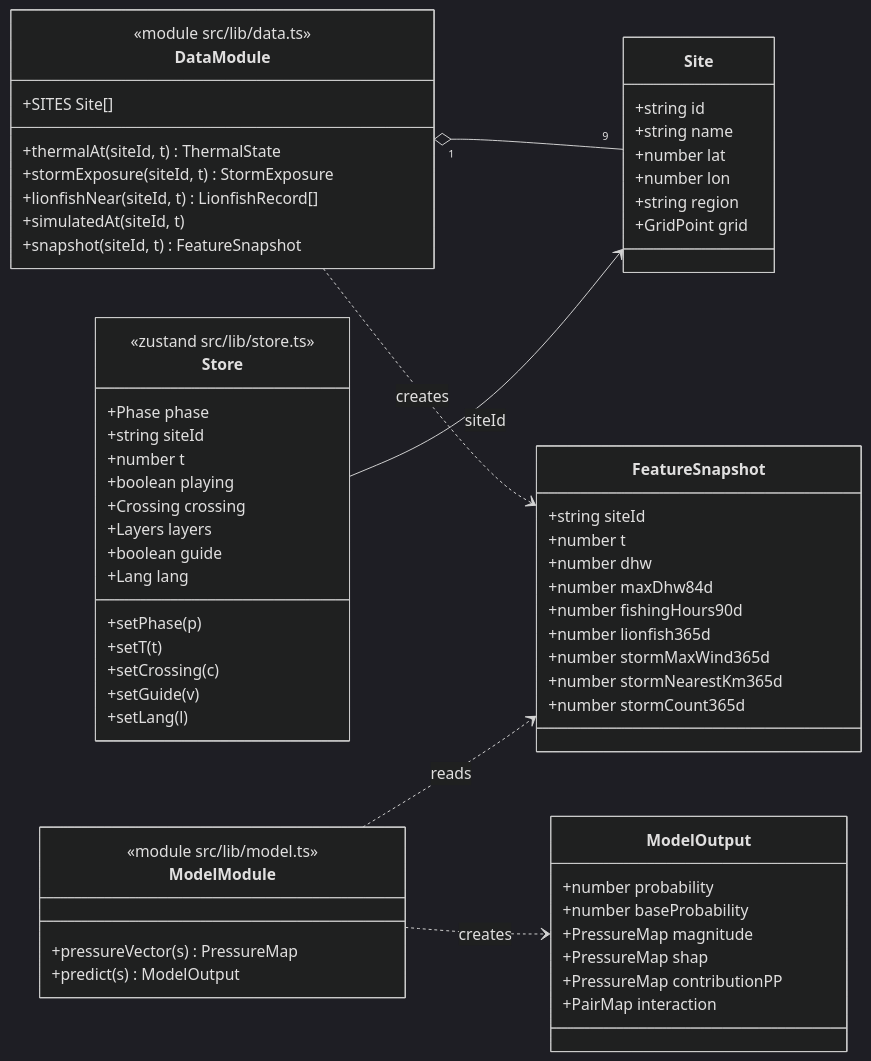
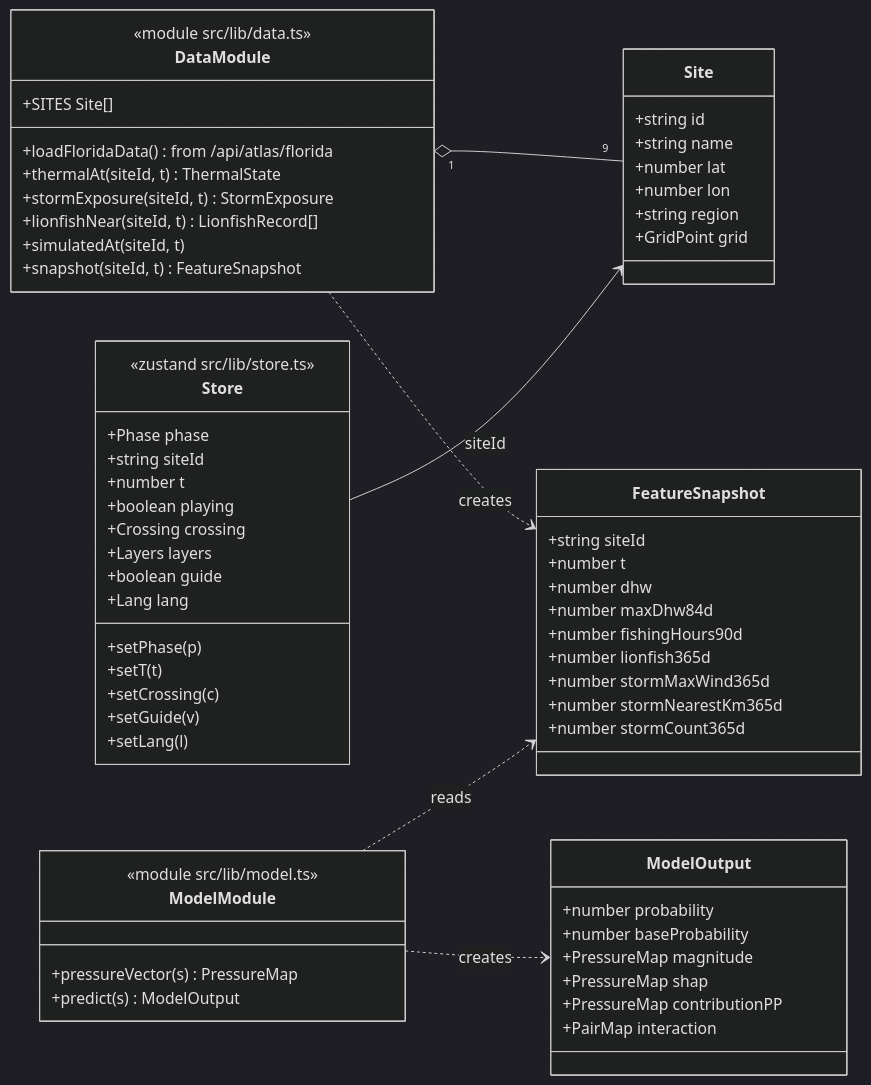
Before and after one commit to VJL0/owlhack-2026: the third of 11 diagrams in README.md, drawn with Mermaid (dark theme). The commit also changed other lines of this file and 70 other files, not shown here.

````diff
--- a/README.md
+++ b/README.md
@@ -275,66 +289,67 @@
 ```mermaid
 classDiagram
     direction LR
     class Site {
         +string id
         +string name
         +number lat
         +number lon
         +string region
         +GridPoint grid
     }
     class FeatureSnapshot {
         +string siteId
         +number t
         +number dhw
         +number maxDhw84d
         +number fishingHours90d
         +number lionfish365d
         +number stormMaxWind365d
         +number stormNearestKm365d
         +number stormCount365d
     }
     class ModelOutput {
         +number probability
         +number baseProbability
         +PressureMap magnitude
         +PressureMap shap
         +PressureMap contributionPP
         +PairMap interaction
     }
     class DataModule {
         <<module src/lib/data.ts>>
+        +loadFloridaData() from /api/atlas/florida
         +SITES Site[]
         +thermalAt(siteId, t) ThermalState
         +stormExposure(siteId, t) StormExposure
         +lionfishNear(siteId, t) LionfishRecord[]
         +simulatedAt(siteId, t)
         +snapshot(siteId, t) FeatureSnapshot
     }
     class ModelModule {
         <<module src/lib/model.ts>>
         +pressureVector(s) PressureMap
         +predict(s) ModelOutput
     }
     class Store {
         <<zustand src/lib/store.ts>>
         +Phase phase
         +string siteId
         +number t
         +boolean playing
         +Crossing crossing
         +Layers layers
         +boolean guide
         +Lang lang
         +setPhase(p)
         +setT(t)
         +setCrossing(c)
         +setGuide(v)
         +setLang(l)
     }
     DataModule "1" o-- "9" Site
     DataModule ..> FeatureSnapshot : creates
     ModelModule ..> FeatureSnapshot : reads
     ModelModule ..> ModelOutput : creates
     Store --> Site : siteId
 ```
````
